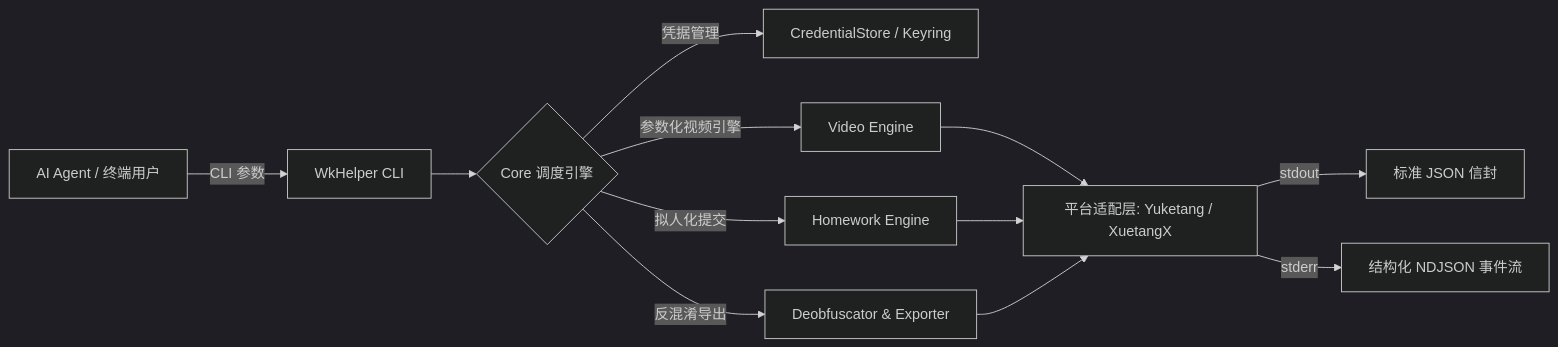
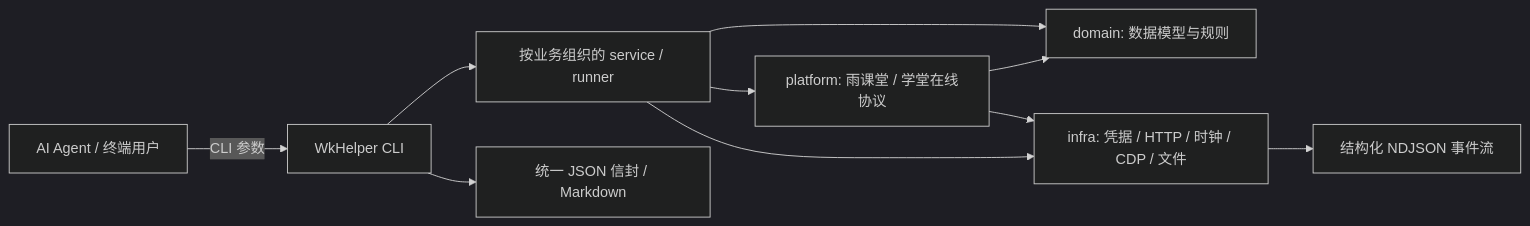
The diagram in README.md (L-1124/WkHelper), drawn with Mermaid (dark theme) before and after one commit. The commit also changed other lines of this file and 1 other file, not shown here.

````diff
--- a/README.md
+++ b/README.md
@@ -35,14 +35,12 @@
 ```mermaid
 flowchart LR
     A[AI Agent / 终端用户] -->|CLI 参数| B[WkHelper CLI]
-    B --> C{Core 调度引擎}
-    C -->|凭据管理| D[CredentialStore / Keyring]
-    C -->|参数化视频引擎| E[Video Engine]
-    C -->|拟人化提交| F[Homework Engine]
-    C -->|反混淆导出| G[Deobfuscator & Exporter]
-    E --> H[平台适配层: Yuketang / XuetangX]
-    F --> H
-    G --> H
-    H -->|stdout| I[标准 JSON 信封]
-    H -->|stderr| J[结构化 NDJSON 事件流]
+    B --> C[按业务组织的 service / runner]
+    C --> D[domain: 数据模型与规则]
+    C --> E[platform: 雨课堂 / 学堂在线协议]
+    C --> F[infra: 凭据 / HTTP / 时钟 / CDP / 文件]
+    E --> D
+    E --> F
+    B --> G[统一 JSON 信封 / Markdown]
+    F --> H[结构化 NDJSON 事件流]
 ```
````
